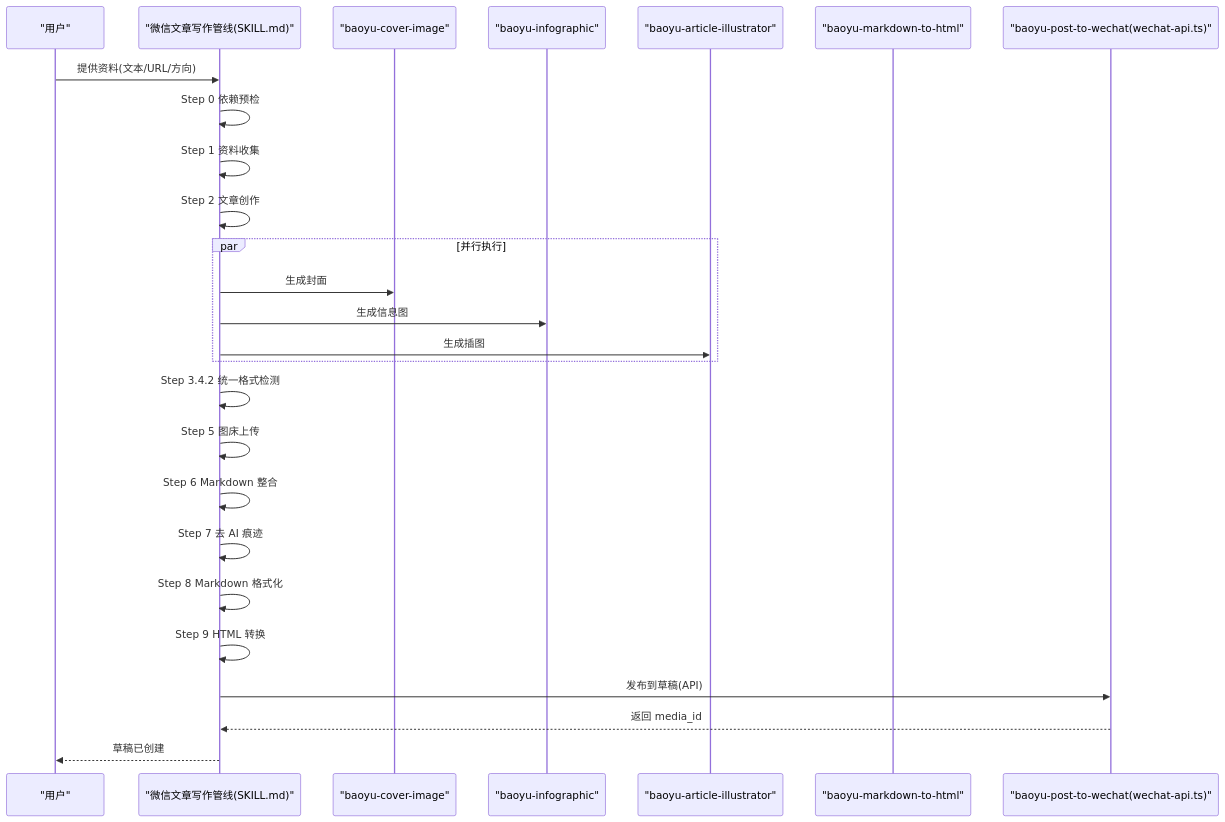
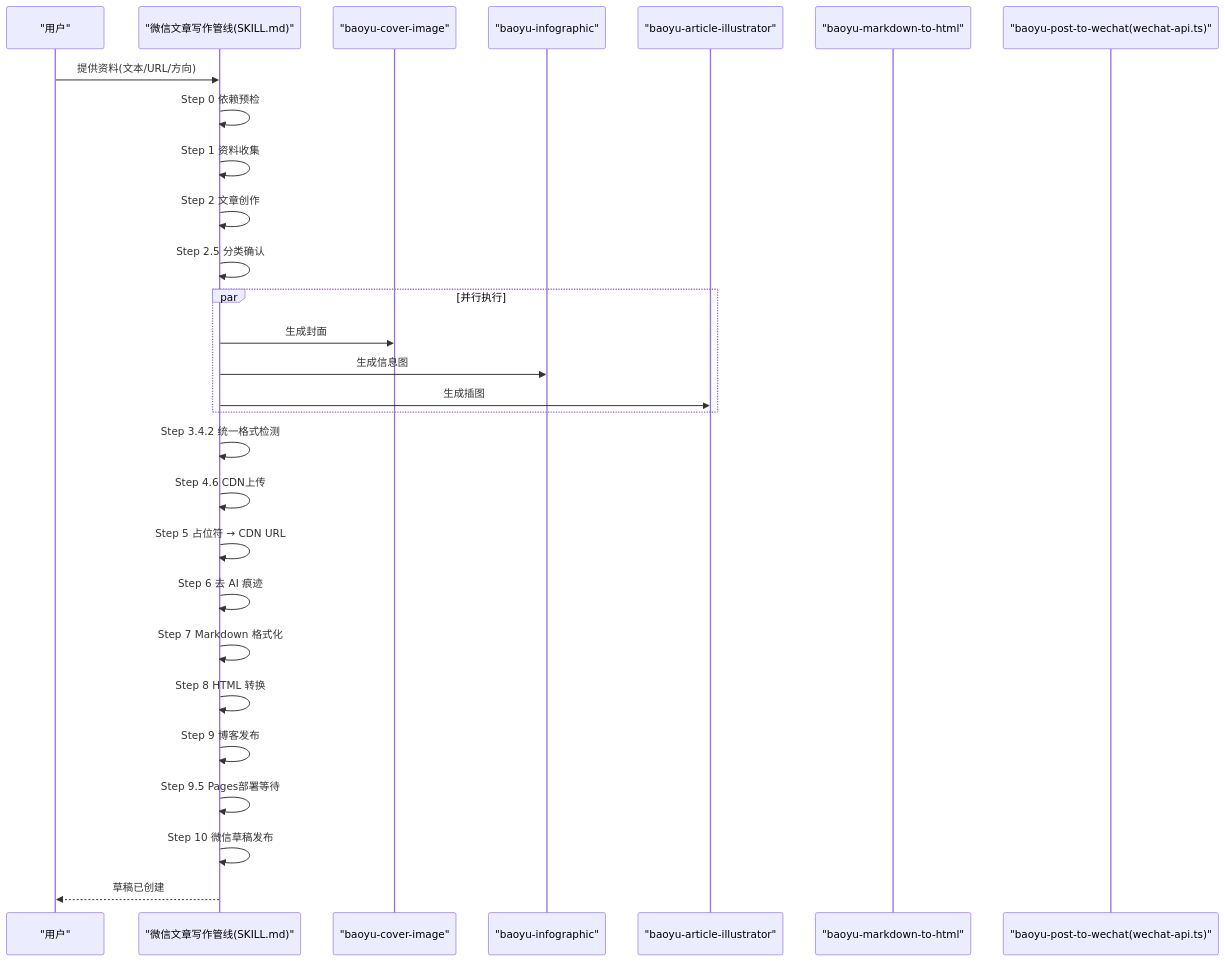
One commit to NTLx/ntlx.github.io changed the second of 7 diagrams in .qoder/repowiki/zh/content/AI 技能系统/发布自动化技能/微信文章写作管线.md. Above: the diagram before and after it, drawn with Mermaid. The commit also changed other lines of this file and 8 other files, not shown here.

````diff
--- a/.qoder/repowiki/zh/content/AI 技能系统/发布自动化技能/微信文章写作管线.md
+++ b/.qoder/repowiki/zh/content/AI 技能系统/发布自动化技能/微信文章写作管线.md
@@ -122,28 +121,30 @@
 ```mermaid
 sequenceDiagram
 participant U as "用户"
 participant W as "微信文章写作管线(SKILL.md)"
 participant C as "baoyu-cover-image"
 participant I as "baoyu-infographic"
 participant L as "baoyu-article-illustrator"
 participant H as "baoyu-markdown-to-html"
 participant P as "baoyu-post-to-wechat(wechat-api.ts)"
 U->>W : 提供资料(文本/URL/方向)
 W->>W : Step 0 依赖预检
 W->>W : Step 1 资料收集
 W->>W : Step 2 文章创作
+W->>W : Step 2.5 分类确认
 par 并行执行
 W->>C : 生成封面
 W->>I : 生成信息图
 W->>L : 生成插图
 end
 W->>W : Step 3.4.2 统一格式检测
-W->>W : Step 5 图床上传
-W->>W : Step 6 Markdown 整合
-W->>W : Step 7 去 AI 痕迹
-W->>W : Step 8 Markdown 格式化
-W->>W : Step 9 HTML 转换
-W->>P : 发布到草稿(API)
-P-->>W : 返回 media_id
+W->>W : Step 4.6 CDN上传
+W->>W : Step 5 占位符 → CDN URL
+W->>W : Step 6 去 AI 痕迹
+W->>W : Step 7 Markdown 格式化
+W->>W : Step 8 HTML 转换
+W->>W : Step 9 博客发布
+W->>W : Step 9.5 Pages部署等待
+W->>W : Step 10 微信草稿发布
 W-->>U : 草稿已创建
 ```
````
